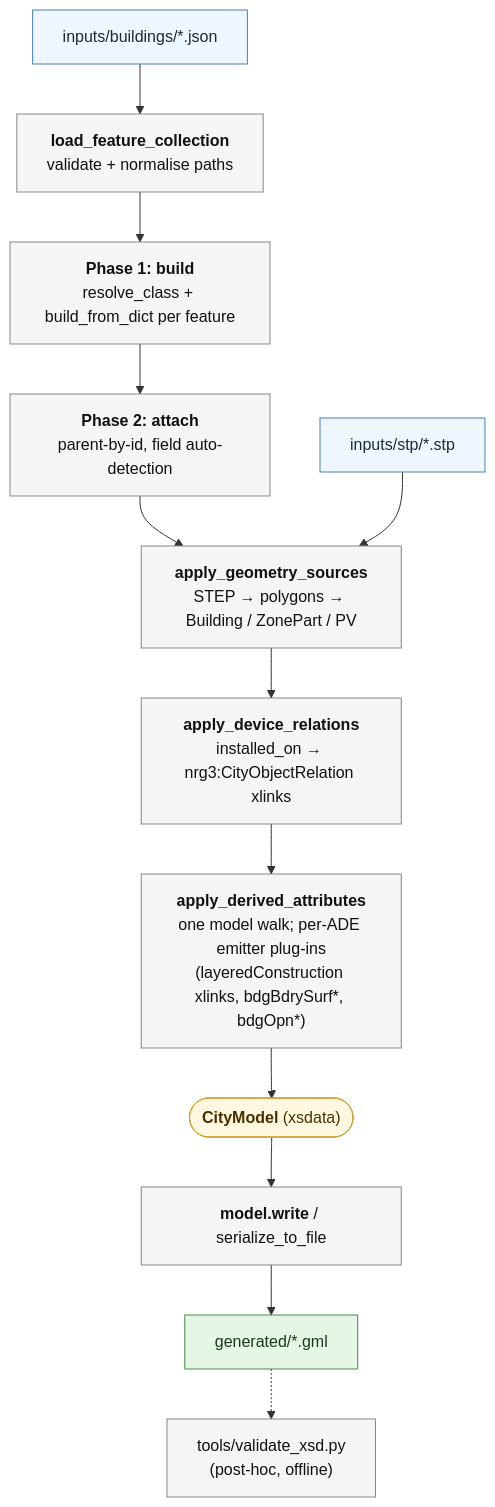
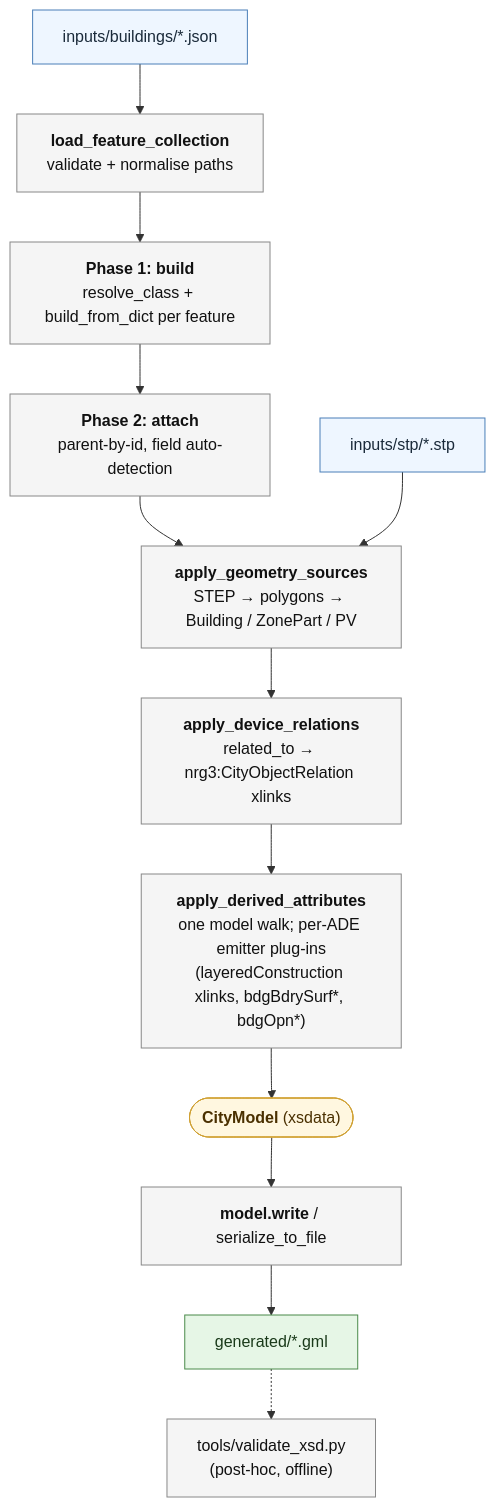
The diagram in README.md (DaanSchlosser/CityGML2.0-EnergyADE3.0_creator), drawn with Mermaid before and after one commit. The commit also changed other lines of this file and 15 other files, not shown here.

````diff
--- a/README.md
+++ b/README.md
@@ -131,26 +131,26 @@
 ```mermaid
 flowchart TD
     J["inputs/buildings/*.json"]:::input
     S["inputs/stp/*.stp"]:::input
 
     L["<b>load_feature_collection</b><br/>validate + normalise paths"]:::stage
     B1["<b>Phase 1: build</b><br/>resolve_class + build_from_dict per feature"]:::stage
     B2["<b>Phase 2: attach</b><br/>parent-by-id, field auto-detection"]:::stage
     G["<b>apply_geometry_sources</b><br/>STEP → polygons → Building / ZonePart / PV"]:::stage
-    D["<b>apply_device_relations</b><br/>installed_on → nrg3:CityObjectRelation xlinks"]:::stage
+    D["<b>apply_device_relations</b><br/>related_to → nrg3:CityObjectRelation xlinks"]:::stage
     A["<b>apply_derived_attributes</b><br/>one model walk; per-ADE emitter plug-ins<br/>(layeredConstruction xlinks, bdgBdrySurf*, bdgOpn*)"]:::stage
 
     CM(["<b>CityModel</b> (xsdata)"]):::model
     W["<b>model.write</b> / serialize_to_file"]:::stage
     OUT["generated/*.gml"]:::output
     VAL["tools/validate_xsd.py<br/>(post-hoc, offline)"]:::stage
 
     J --> L --> B1 --> B2 --> G --> D --> A --> CM --> W --> OUT
     S --> G
     OUT -.-> VAL
 
     classDef input fill:#eef6ff,stroke:#4a7fb8,color:#1a2a3a;
     classDef stage fill:#f5f5f5,stroke:#888,color:#111;
     classDef model fill:#fff7e0,stroke:#d0a030,color:#4a3000;
     classDef output fill:#e6f6e6,stroke:#4a8a4a,color:#1a3a1a;
 ```
````
